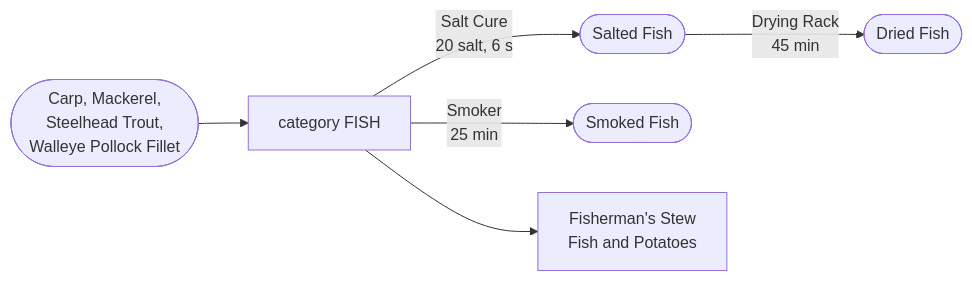
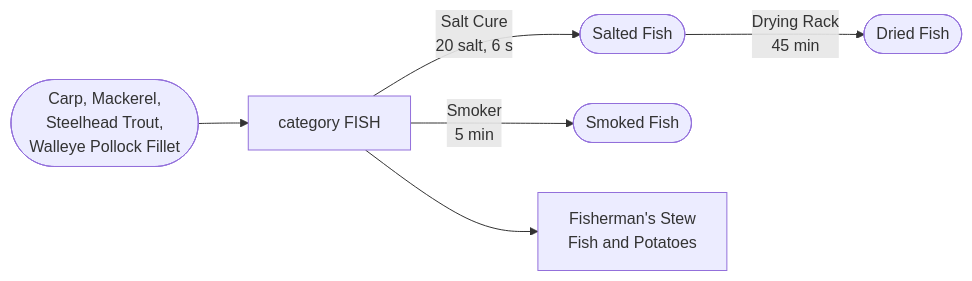
The tenth of 13 diagrams in ChefZ_Wiki/Production-Chains.md (Psyern/Psyerns_ChefZ), drawn with Mermaid before and after one commit. The commit also changed other lines of this file and 8 other files, not shown here.

````diff
--- a/ChefZ_Wiki/Production-Chains.md
+++ b/ChefZ_Wiki/Production-Chains.md
@@ -373,8 +369,8 @@
 ```mermaid
 graph LR
   F(["Carp, Mackerel,<br/>Steelhead Trout,<br/>Walleye Pollock Fillet"]) --> CAT["category FISH"]
   CAT -->|"Salt Cure<br/>20 salt, 6 s"| SF(["Salted Fish"])
   SF -->|"Drying Rack<br/>45 min"| DF(["Dried Fish"])
-  CAT -->|"Smoker<br/>25 min"| SMF(["Smoked Fish"])
+  CAT -->|"Smoker<br/>5 min"| SMF(["Smoked Fish"])
   CAT --> R["Fisherman's Stew<br/>Fish and Potatoes"]
 ```
````
